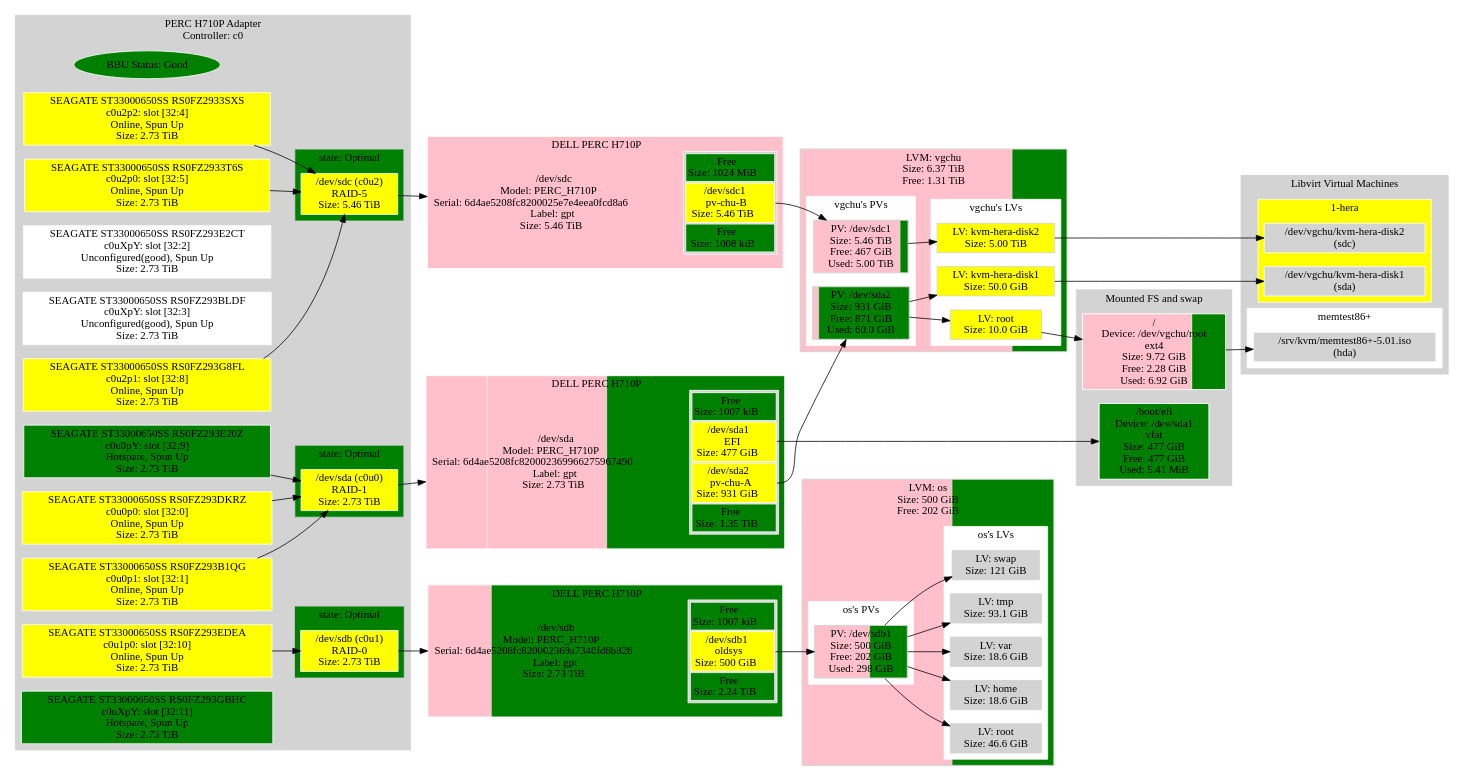
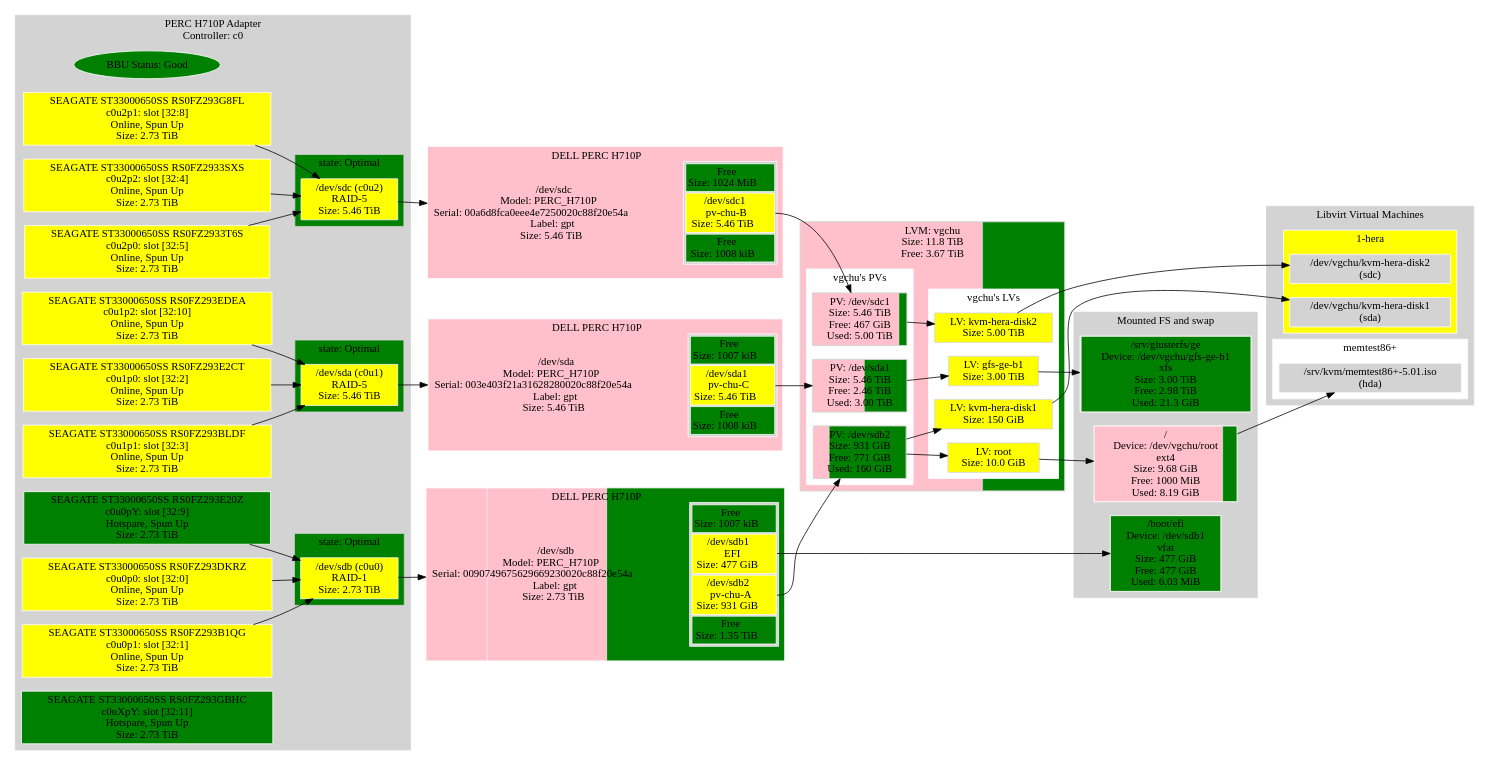
One commit to metacpan/metacpan-cpan-extracted changed the diagram in distros/S/StorageDisplay/data/ge95142.ref.dot. Above: the diagram before and after it, drawn with Graphviz. The commit also changed 6197 other files, not shown here.

```diff
--- a/distros/S/StorageDisplay/data/ge95142.ref.dot
+++ b/distros/S/StorageDisplay/data/ge95142.ref.dot
@@ -2,7 +2,7 @@
 	rankdir=LR;
 	{ "@Part: sda" [
 		label=<<TABLE BORDER="0" CELLPADDING="0" CELLSPACING="0">
-				<TR> <TD COLSPAN="2">DELL PERC H710P</TD> </TR><TR><TD >/dev/sda<BR/>Model: PERC_H710P<BR/>Serial: 6d4ae5208fc820002369966275967490<BR/>Label: gpt<BR/>Size: 2.73 TiB</TD>    <TD BGCOLOR="lightgrey">
+				<TR> <TD COLSPAN="2">DELL PERC H710P</TD> </TR><TR><TD >/dev/sda<BR/>Model: PERC_H710P<BR/>Serial: 003e403f21a31628280020c88f20e54a<BR/>Label: gpt<BR/>Size: 5.46 TiB</TD>    <TD BGCOLOR="lightgrey">
 				<TABLE >
 					<TR>
 						<TD bgcolor="green">
@@ -11,12 +11,42 @@
 					</TR>
 					<TR>
 						<TD PORT="1" BGCOLOR="yellow">
-						/dev/sda1<BR/>EFI<BR/>Size: 477 GiB
+						/dev/sda1<BR/>pv-chu-C<BR/>Size: 5.46 TiB
+						</TD>
+					</TR>
+					<TR>
+						<TD bgcolor="green">
+						Free<BR/>Size: 1008 kiB
+						</TD>
+					</TR>
+				</TABLE>
+				</TD> </TR><TR> <TD COLSPAN="2"> </TD> </TR>
+			</TABLE>
+		>;
+		// Style node
+		color=white;
+		fillcolor=lightgrey;
+		shape="rectangle";
+		style=striped;
+		fillcolor="green;0.000000:pink;1.000000:green;0.000000";
+	]; }
+	{ "@Part: sdb" [
+		label=<<TABLE BORDER="0" CELLPADDING="0" CELLSPACING="0">
+				<TR> <TD COLSPAN="2">DELL PERC H710P</TD> </TR><TR><TD >/dev/sdb<BR/>Model: PERC_H710P<BR/>Serial: 0090749675629669230020c88f20e54a<BR/>Label: gpt<BR/>Size: 2.73 TiB</TD>    <TD BGCOLOR="lightgrey">
+				<TABLE >
+					<TR>
+						<TD bgcolor="green">
+						Free<BR/>Size: 1007 kiB
+						</TD>
+					</TR>
+					<TR>
+						<TD PORT="1" BGCOLOR="yellow">
+						/dev/sdb1<BR/>EFI<BR/>Size: 477 GiB
 						</TD>
 					</TR>
 					<TR>
 						<TD PORT="2" BGCOLOR="yellow">
-						/dev/sda2<BR/>pv-chu-A<BR/>Size: 931 GiB
+						/dev/sdb2<BR/>pv-chu-A<BR/>Size: 931 GiB
 						</TD>
 					</TR>
 					<TR>
@@ -35,39 +65,9 @@
 		style=striped;
 		fillcolor="green;0.000000:pink;0.170664:pink;0.333329:green;0.496006";
 	]; }
-	{ "@Part: sdb" [
-		label=<<TABLE BORDER="0" CELLPADDING="0" CELLSPACING="0">
-				<TR> <TD COLSPAN="2">DELL PERC H710P</TD> </TR><TR><TD >/dev/sdb<BR/>Model: PERC_H710P<BR/>Serial: 6d4ae5208fc820002369a7340fd8b826<BR/>Label: gpt<BR/>Size: 2.73 TiB</TD>    <TD BGCOLOR="lightgrey">
-				<TABLE >
-					<TR>
-						<TD bgcolor="green">
-						Free<BR/>Size: 1007 kiB
-						</TD>
-					</TR>
-					<TR>
-						<TD PORT="1" BGCOLOR="yellow">
-						/dev/sdb1<BR/>oldsys<BR/>Size: 500 GiB
-						</TD>
-					</TR>
-					<TR>
-						<TD bgcolor="green">
-						Free<BR/>Size: 2.24 TiB
-						</TD>
-					</TR>
-				</TABLE>
-				</TD> </TR><TR> <TD COLSPAN="2"> </TD> </TR>
-			</TABLE>
-		>;
-		// Style node
-		color=white;
-		fillcolor=lightgrey;
-		shape="rectangle";
-		style=striped;
-		fillcolor="green;0.000000:pink;0.178954:green;0.821045";
-	]; }
 	{ "@Part: sdc" [
 		label=<<TABLE BORDER="0" CELLPADDING="0" CELLSPACING="0">
-				<TR> <TD COLSPAN="2">DELL PERC H710P</TD> </TR><TR><TD >/dev/sdc<BR/>Model: PERC_H710P<BR/>Serial: 6d4ae5208fc8200025e7e4eea0fcd8a6<BR/>Label: gpt<BR/>Size: 5.46 TiB</TD>    <TD BGCOLOR="lightgrey">
+				<TR> <TD COLSPAN="2">DELL PERC H710P</TD> </TR><TR><TD >/dev/sdc<BR/>Model: PERC_H710P<BR/>Serial: 00a6d8fca0eee4e7250020c88f20e54a<BR/>Label: gpt<BR/>Size: 5.46 TiB</TD>    <TD BGCOLOR="lightgrey">
 				<TABLE >
 					<TR>
 						<TD bgcolor="green">
@@ -95,48 +95,6 @@
 		style=striped;
 		fillcolor="green;0.000179:pink;0.999821:green;0.000000";
 	]; }
-	subgraph "cluster_os" {
-		style=filled;
-		color=lightgrey;
-		fillcolor=lightgrey;
-		node [style=filled,color=lightgrey,fillcolor=lightgrey,shape=rectangle];
-		subgraph "cluster_os@PV" {
-			color=white;
-			fillcolor=white;
-			{ "LVM@os@PV@sdb1" [
-				label="PV: /dev/sdb1\nSize: 500 GiB\nFree: 202 GiB\nUsed: 298 GiB";
-				style=striped;fillcolor="pink;0.596028.2:green"
-			]; }
-			label="os's PVs";
-		}
-		subgraph "cluster_os@LV" {
-			color=white;
-			fillcolor=white;
-			{ "dm-1" [
-				label="LV: home\nSize: 18.6 GiB";
-				fillcolor="lightgrey"
-			]; }
-			{ "dm-2" [
-				label="LV: root\nSize: 46.6 GiB";
-				fillcolor="lightgrey"
-			]; }
-			{ "dm-3" [
-				label="LV: swap\nSize: 121 GiB";
-				fillcolor="lightgrey"
-			]; }
-			{ "dm-4" [
-				label="LV: tmp\nSize: 93.1 GiB";
-				fillcolor="lightgrey"
-			]; }
-			{ "dm-5" [
-				label="LV: var\nSize: 18.6 GiB";
-				fillcolor="lightgrey"
-			]; }
-			label="os's LVs";
-		}
-		label="LVM: os\nSize: 500 GiB\nFree: 202 GiB";
-		style=striped;fillcolor="pink;0.596028.2:green"
-	}
 	subgraph "cluster_vgchu" {
 		style=filled;
 		color=lightgrey;
@@ -145,9 +103,13 @@
 		subgraph "cluster_vgchu@PV" {
 			color=white;
 			fillcolor=white;
-			{ "LVM@vgchu@PV@sda2" [
-				label="PV: /dev/sda2\nSize: 931 GiB\nFree: 871 GiB\nUsed: 60.0 GiB";
-				style=striped;fillcolor="pink;0.064425.2:green"
+			{ "LVM@vgchu@PV@sda1" [
+				label="PV: /dev/sda1\nSize: 5.46 TiB\nFree: 2.46 TiB\nUsed: 3.00 TiB";
+				style=striped;fillcolor="pink;0.549750.2:green"
+			]; }
+			{ "LVM@vgchu@PV@sdb2" [
+				label="PV: /dev/sdb2\nSize: 931 GiB\nFree: 771 GiB\nUsed: 160 GiB";
+				style=striped;fillcolor="pink;0.171799.2:green"
 			]; }
 			{ "LVM@vgchu@PV@sdc1" [
 				label="PV: /dev/sdc1\nSize: 5.46 TiB\nFree: 467 GiB\nUsed: 5.00 TiB";
@@ -158,11 +120,15 @@
 		subgraph "cluster_vgchu@LV" {
 			color=white;
 			fillcolor=white;
-			{ "dm-6" [
-				label="LV: kvm-hera-disk1\nSize: 50.0 GiB";
+			{ "dm-3" [
+				label="LV: gfs-ge-b1\nSize: 3.00 TiB";
 				fillcolor="yellow"
 			]; }
-			{ "dm-7" [
+			{ "dm-1" [
+				label="LV: kvm-hera-disk1\nSize: 150 GiB";
+				fillcolor="yellow"
+			]; }
+			{ "dm-2" [
 				label="LV: kvm-hera-disk2\nSize: 5.00 TiB";
 				fillcolor="yellow"
 			]; }
@@ -172,8 +138,8 @@
 			]; }
 			label="vgchu's LVs";
 		}
-		label="LVM: vgchu\nSize: 6.37 TiB\nFree: 1.31 TiB";
-		style=striped;fillcolor="pink;0.794684.2:green"
+		label="LVM: vgchu\nSize: 11.8 TiB\nFree: 3.67 TiB";
+		style=striped;fillcolor="pink;0.689888.2:green"
 	}
 	subgraph "cluster_@LSIMegacli@0" {
 		style=filled;
@@ -193,13 +159,13 @@
 			label="SEAGATE ST33000650SS RS0FZ293B1QG\nc0u0p1: slot [32:1]\nOnline, Spun Up\nSize: 2.73 TiB";
 			fillcolor=yellow
 		]; }
-		{ "@LSIMegacli@0@dev@LSIMegaCli@[32:2]" [
-			label="SEAGATE ST33000650SS RS0FZ293E2CT\nc0uXpY: slot [32:2]\nUnconfigured(good), Spun Up\nSize: 2.73 TiB";
-			fillcolor=white
+		{ "@LSIMegacli@0@dev@LSIMegaCli@c0u1p0" [
+			label="SEAGATE ST33000650SS RS0FZ293E2CT\nc0u1p0: slot [32:2]\nOnline, Spun Up\nSize: 2.73 TiB";
+			fillcolor=yellow
 		]; }
-		{ "@LSIMegacli@0@dev@LSIMegaCli@[32:3]" [
-			label="SEAGATE ST33000650SS RS0FZ293BLDF\nc0uXpY: slot [32:3]\nUnconfigured(good), Spun Up\nSize: 2.73 TiB";
-			fillcolor=white
+		{ "@LSIMegacli@0@dev@LSIMegaCli@c0u1p1" [
+			label="SEAGATE ST33000650SS RS0FZ293BLDF\nc0u1p1: slot [32:3]\nOnline, Spun Up\nSize: 2.73 TiB";
+			fillcolor=yellow
 		]; }
 		{ "@LSIMegacli@0@dev@LSIMegaCli@c0u2p2" [
 			label="SEAGATE ST33000650SS RS0FZ2933SXS\nc0u2p2: slot [32:4]\nOnline, Spun Up\nSize: 2.73 TiB";
@@ -217,26 +183,26 @@
 			label="SEAGATE ST33000650SS RS0FZ293E20Z\nc0u0pY: slot [32:9]\nHotspare, Spun Up\nSize: 2.73 TiB";
 			fillcolor=green
 		]; }
-		{ "@LSIMegacli@0@dev@LSIMegaCli@c0u1p0" [
-			label="SEAGATE ST33000650SS RS0FZ293EDEA\nc0u1p0: slot [32:10]\nOnline, Spun Up\nSize: 2.73 TiB";
+		{ "@LSIMegacli@0@dev@LSIMegaCli@c0u1p2" [
+			label="SEAGATE ST33000650SS RS0FZ293EDEA\nc0u1p2: slot [32:10]\nOnline, Spun Up\nSize: 2.73 TiB";
 			fillcolor=yellow
 		]; }
 		{ "@LSIMegacli@0@dev@LSIMegaCli@[32:11]" [
 			label="SEAGATE ST33000650SS RS0FZ293GBHC\nc0uXpY: slot [32:11]\nHotspare, Spun Up\nSize: 2.73 TiB";
 			fillcolor=green
 		]; }
-		subgraph "cluster_sda@@state" {
-			{ "sda" [
-				label="/dev/sda (c0u0)\nRAID-1\nSize: 2.73 TiB";
+		subgraph "cluster_sdb@@state" {
+			{ "sdb" [
+				label="/dev/sdb (c0u0)\nRAID-1\nSize: 2.73 TiB";
 				fillcolor="yellow"
 			]; }
 			label="state: Optimal";
 			shape=oval
 			fillcolor=green
 		}
-		subgraph "cluster_sdb@@state" {
-			{ "sdb" [
-				label="/dev/sdb (c0u1)\nRAID-0\nSize: 2.73 TiB";
+		subgraph "cluster_sda@@state" {
+			{ "sda" [
+				label="/dev/sda (c0u1)\nRAID-5\nSize: 5.46 TiB";
 				fillcolor="yellow"
 			]; }
 			label="state: Optimal";
@@ -259,14 +225,26 @@
 		color=lightgrey;
 		fillcolor=lightgrey;
 		node [style=filled,color=white,fillcolor=lightgrey,shape=rectangle];
+		{ "@FS@/srv/glusterfs/ge" [
+			label="/srv/glusterfs/ge\nDevice: /dev/vgchu/gfs-ge-b1\nxfs\nSize: 3.00 TiB\nFree: 2.98 TiB\nUsed: 21.3 GiB";
+			style=striped;fillcolor="pink;0.006951.2:green"
+		]; }
 		{ "@FS@/" [
-			label="/\nDevice: /dev/vgchu/root\next4\nSize: 9.72 GiB\nFree: 2.28 GiB\nUsed: 6.92 GiB";
-			style=striped;fillcolor="pink;0.765154.2:green"
+			label="/\nDevice: /dev/vgchu/root\next4\nSize: 9.68 GiB\nFree: 1000 MiB\nUsed: 8.19 GiB";
+			style=striped;fillcolor="pink;0.899108.2:green"
 		]; }
 		{ "@FS@/boot/efi" [
-			label="/boot/efi\nDevice: /dev/sda1\nvfat\nSize: 477 GiB\nFree: 477 GiB\nUsed: 5.41 MiB";
-			style=striped;fillcolor="pink;0.000011.2:green"
+			label="/boot/efi\nDevice: /dev/sdb1\nvfat\nSize: 477 GiB\nFree: 477 GiB\nUsed: 6.03 MiB";
+			style=striped;fillcolor="pink;0.000012.2:green"
 		]; }
+		subgraph "cluster_@FS@SWAP" {
+			style=filled;
+			color=white
+			fillcolor=lightgrey;
+			node [style=filled,color=white,fillcolor=lightgrey,shape=rectangle];
+			label="SWAP\nSize: 0 B\nFree: 0 B\nUsed: 0 B";
+			style=striped;fillcolor="green"
+		}
 		label="Mounted FS and swap";
 	}
 	subgraph "cluster_@libvirt" {
@@ -277,10 +255,10 @@
 		subgraph "cluster_@libvirt@1-hera" {
 			color=white;
 			fillcolor=white;
-			{ "@libvirt@1-hera@dm-6" [
+			{ "@libvirt@1-hera@dm-1" [
 				label="/dev/vgchu/kvm-hera-disk1\n(sda)";
 			]; }
-			{ "@libvirt@1-hera@dm-7" [
+			{ "@libvirt@1-hera@dm-2" [
 				label="/dev/vgchu/kvm-hera-disk2\n(sdc)";
 			]; }
 			label="1-hera";
@@ -296,26 +274,21 @@
 		}
 		label="Libvirt Virtual Machines";
 	}
-	// Links from LVM VG: os
-	"LVM@os@PV@sdb1" -> "dm-1"
-	"LVM@os@PV@sdb1" -> "dm-2"
-	"LVM@os@PV@sdb1" -> "dm-3"
-	"LVM@os@PV@sdb1" -> "dm-4"
-	"LVM@os@PV@sdb1" -> "dm-5"
 	// Links from LVM VG: vgchu
-	"LVM@vgchu@PV@sda2" -> "dm-6"
-	"LVM@vgchu@PV@sdc1" -> "dm-7"
-	"LVM@vgchu@PV@sda2" -> "dm-0"
+	"LVM@vgchu@PV@sda1" -> "dm-3"
+	"LVM@vgchu@PV@sdb2" -> "dm-1"
+	"LVM@vgchu@PV@sdc1" -> "dm-2"
+	"LVM@vgchu@PV@sdb2" -> "dm-0"
 	// Links from MegaCli: Controller c0
-	"@LSIMegacli@0@dev@LSIMegaCli@c0u0p0" -> "sda"
-	"@LSIMegacli@0@dev@LSIMegaCli@c0u0p1" -> "sda"
-	
-	
+	"@LSIMegacli@0@dev@LSIMegaCli@c0u0p0" -> "sdb"
+	"@LSIMegacli@0@dev@LSIMegaCli@c0u0p1" -> "sdb"
+	"@LSIMegacli@0@dev@LSIMegaCli@c0u1p0" -> "sda"
+	"@LSIMegacli@0@dev@LSIMegaCli@c0u1p1" -> "sda"
 	"@LSIMegacli@0@dev@LSIMegaCli@c0u2p2" -> "sdc"
 	"@LSIMegacli@0@dev@LSIMegaCli@c0u2p0" -> "sdc"
 	"@LSIMegacli@0@dev@LSIMegaCli@c0u2p1" -> "sdc"
-	"@LSIMegacli@0@dev@LSIMegaCli@c0u0pY" -> "sda"
-	"@LSIMegacli@0@dev@LSIMegaCli@c0u1p0" -> "sdb"
+	"@LSIMegacli@0@dev@LSIMegaCli@c0u0pY" -> "sdb"
+	"@LSIMegacli@0@dev@LSIMegaCli@c0u1p2" -> "sda"
 	
 	// Links for @Part: sda
 	"sda" -> "@Part: sda"
@@ -323,20 +296,22 @@
 	"sdb" -> "@Part: sdb"
 	// Links for @Part: sdc
 	"sdc" -> "@Part: sdc"
-	// Links for LVM@os@PV@sdb1
-	"@Part: sdb":"1" -> "LVM@os@PV@sdb1"
-	// Links for LVM@vgchu@PV@sda2
-	"@Part: sda":"2" -> "LVM@vgchu@PV@sda2"
+	// Links for LVM@vgchu@PV@sda1
+	"@Part: sda":"1" -> "LVM@vgchu@PV@sda1"
+	// Links for LVM@vgchu@PV@sdb2
+	"@Part: sdb":"2" -> "LVM@vgchu@PV@sdb2"
 	// Links for LVM@vgchu@PV@sdc1
 	"@Part: sdc":"1" -> "LVM@vgchu@PV@sdc1"
+	// Links for @FS@/srv/glusterfs/ge
+	"dm-3" -> "@FS@/srv/glusterfs/ge"
 	// Links for @FS@/
 	"dm-0" -> "@FS@/"
 	// Links for @FS@/boot/efi
-	"@Part: sda":"1" -> "@FS@/boot/efi"
-	// Links for @libvirt@1-hera@dm-6
-	"dm-6" -> "@libvirt@1-hera@dm-6"
-	// Links for @libvirt@1-hera@dm-7
-	"dm-7" -> "@libvirt@1-hera@dm-7"
+	"@Part: sdb":"1" -> "@FS@/boot/efi"
+	// Links for @libvirt@1-hera@dm-1
+	"dm-1" -> "@libvirt@1-hera@dm-1"
+	// Links for @libvirt@1-hera@dm-2
+	"dm-2" -> "@libvirt@1-hera@dm-2"
 	// Links for @libvirt@memtest86+@/srv/kvm/memtest86+-5.01.iso
 	"@FS@/" -> "@libvirt@memtest86+@/srv/kvm/memtest86+-5.01.iso"
 }
```
